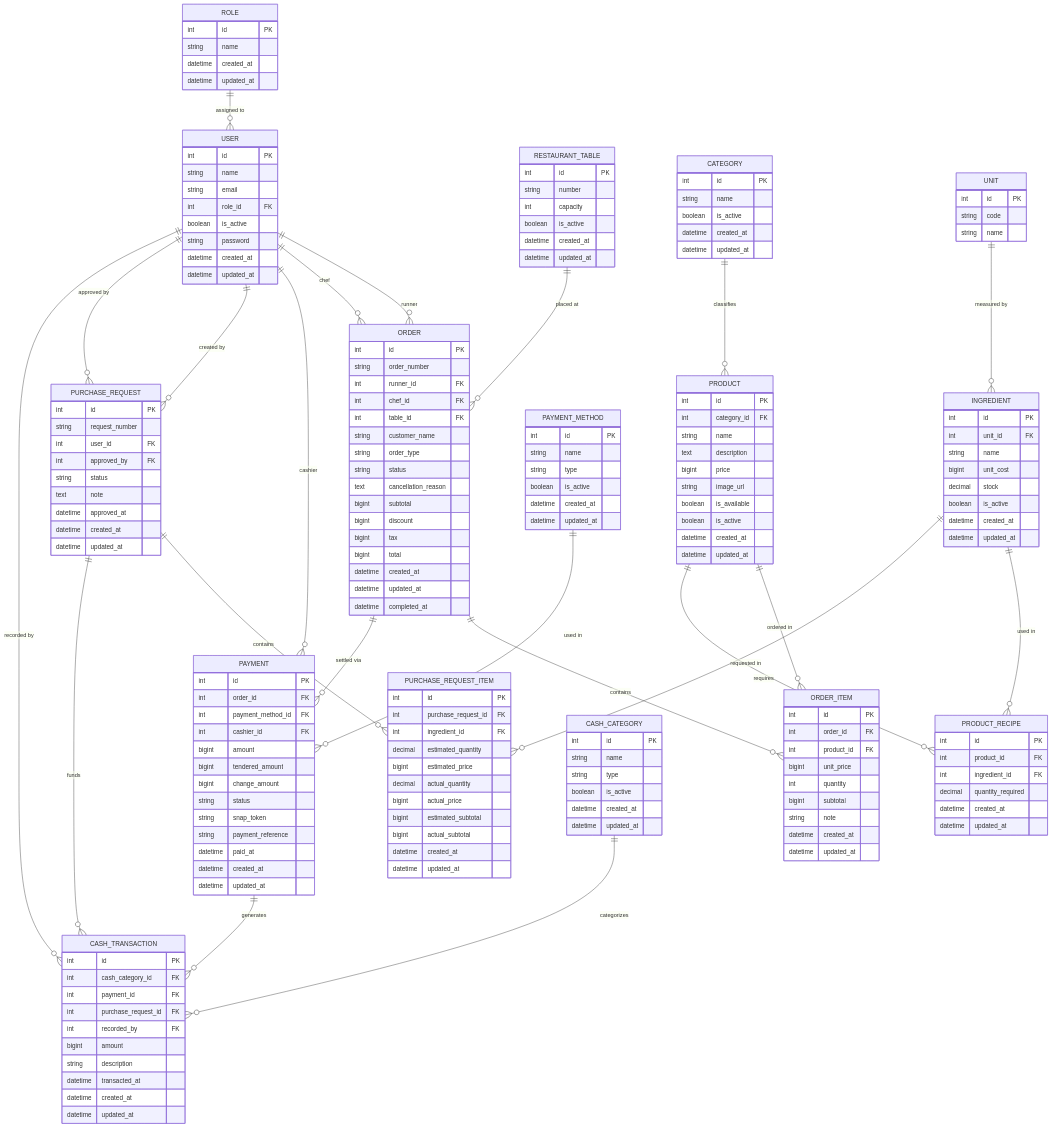
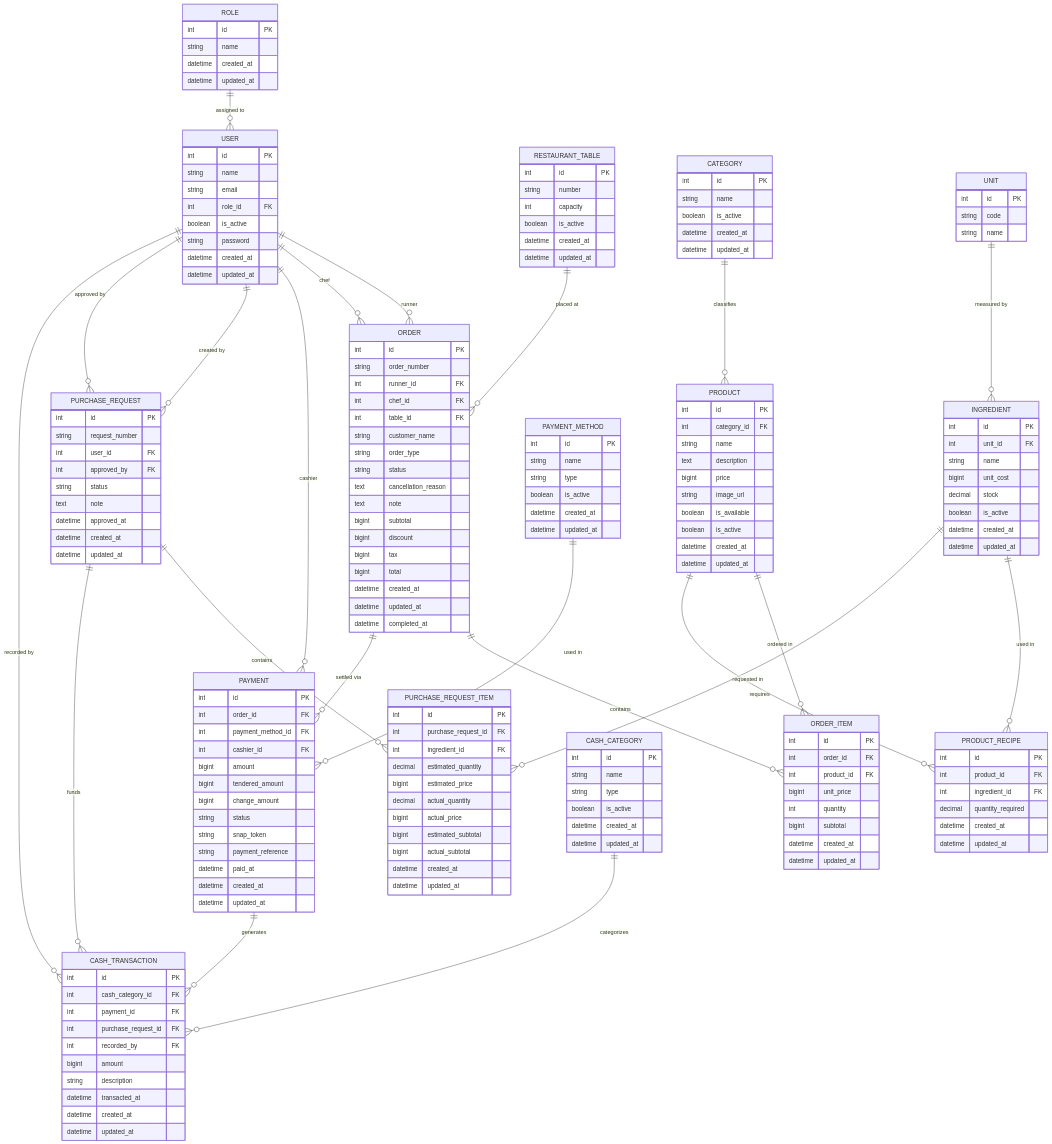
Before and after one commit to NCodeID/IPPL: the diagram in mermaid.md, drawn with Mermaid. The commit also changed 17 other files, not shown here.

```diff
--- a/mermaid.md
+++ b/mermaid.md
@@ -55,6 +55,7 @@
         string order_type
         string status
         text cancellation_reason
+        text note
         bigint subtotal
         bigint discount
         bigint tax
@@ -71,7 +72,6 @@
         bigint unit_price
         int quantity
         bigint subtotal
-        string note
         datetime created_at
         datetime updated_at
     }
```
